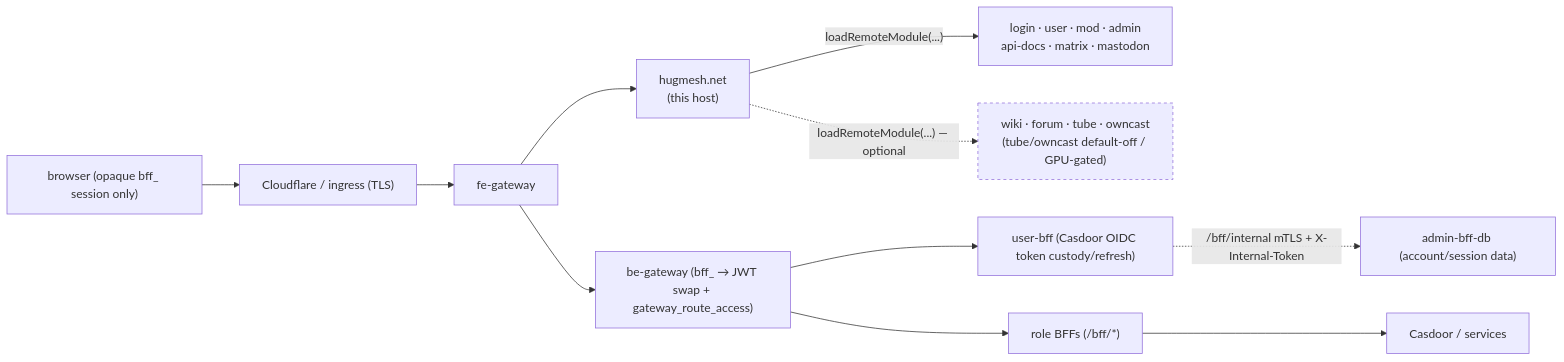
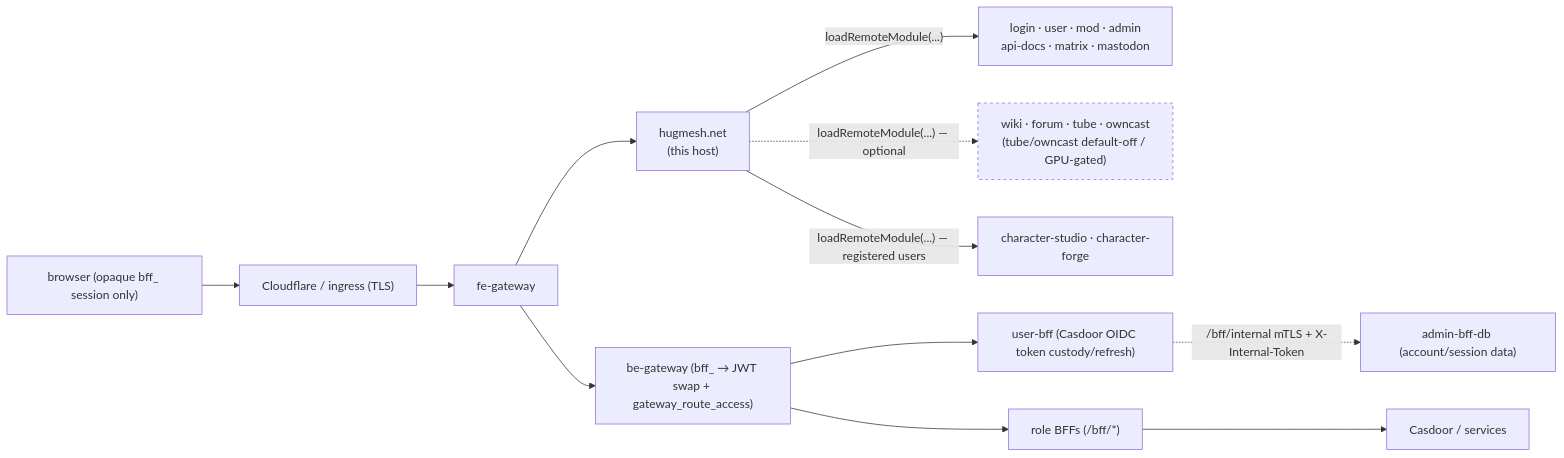
One commit to hugmesh/hugmesh.github.io changed the diagram in content/architecture/host-shell.md. Above: the diagram before and after it, drawn with Mermaid. The commit also changed other lines of this file and 166 other files, not shown here.

````diff
--- a/content/architecture/host-shell.md
+++ b/content/architecture/host-shell.md
@@ -208,16 +287,17 @@
 ```mermaid
 flowchart LR
   browser["browser (opaque bff_ session only)"] --> ingress["Cloudflare / ingress (TLS)"]
   ingress --> fe["fe-gateway"]
   fe --> host["hugmesh.net<br/>(this host)"]
   host -->|"loadRemoteModule(...)"| core["login · user · mod · admin<br/>api-docs · matrix · mastodon"]
   host -.->|"loadRemoteModule(...) — optional"| opt["wiki · forum · tube · owncast<br/>(tube/owncast default-off / GPU-gated)"]
+  host -->|"loadRemoteModule(...) — registered users"| chars["character-studio · character-forge"]
   fe --> be["be-gateway (bff_ → JWT swap + gateway_route_access)"]
   be --> ubff["user-bff (Casdoor OIDC token custody/refresh)"]
   be --> bff["role BFFs (/bff/*)"]
   ubff -.->|"/bff/internal mTLS + X-Internal-Token"| abff["admin-bff-db (account/session data)"]
   bff --> svc["Casdoor / services"]
 
   classDef planned stroke-dasharray:4
   class opt planned
 ```
````
